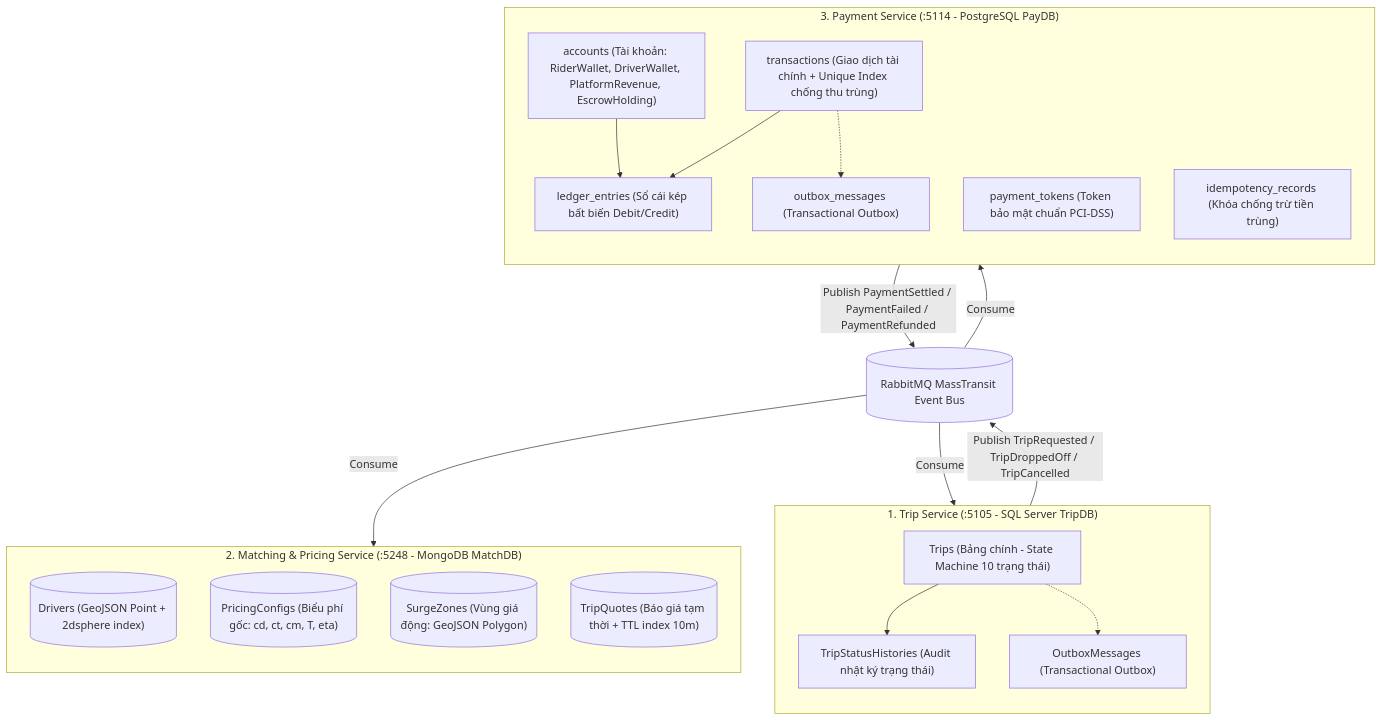
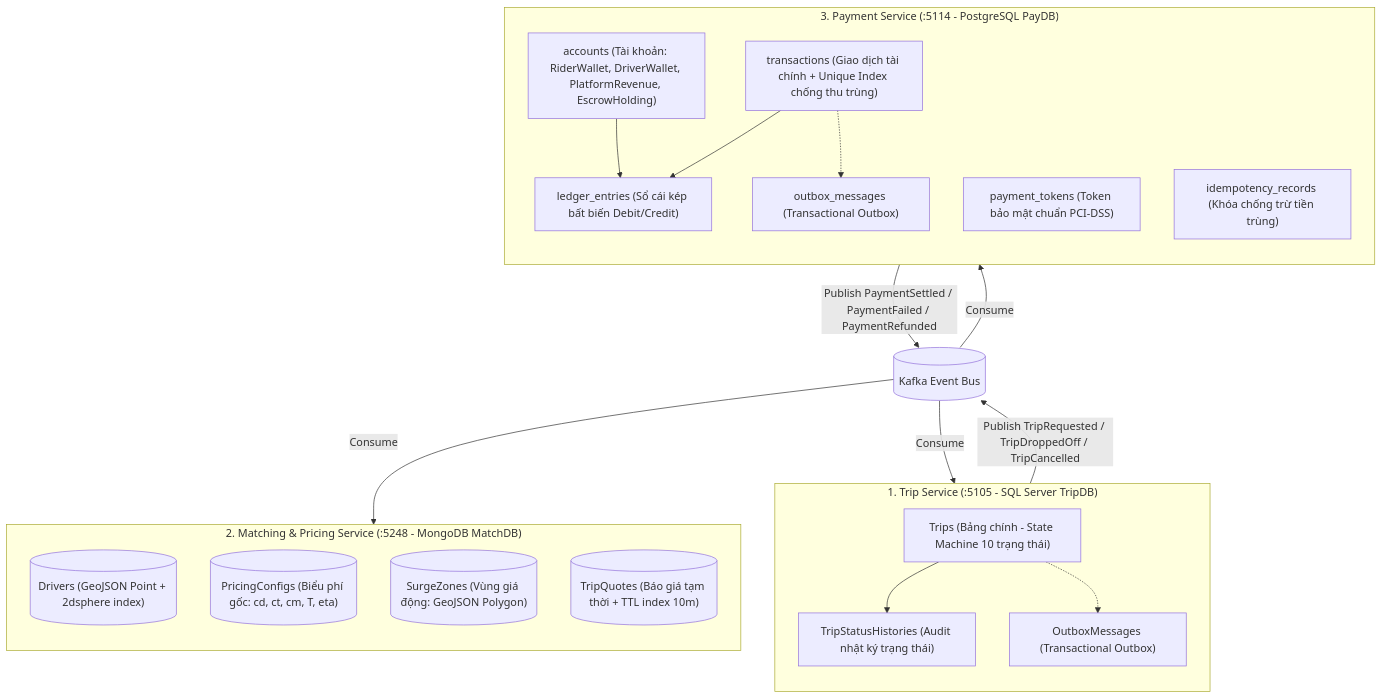
One commit to phwkha/SwiftRide changed the first of 3 diagrams in docs/database_design.md. Above: the diagram before and after it, drawn with Mermaid. The commit also changed other lines of this file and 36 other files, not shown here.

````diff
--- a/docs/database_design.md
+++ b/docs/database_design.md
@@ -38,40 +38,40 @@
 ```mermaid
 flowchart TD
     subgraph TripService_Scope["1. Trip Service (:5105 - SQL Server TripDB)"]
         direction TB
         Trips["Trips (Bảng chính - State Machine 10 trạng thái)"]
         TripStatusHistories["TripStatusHistories (Audit nhật ký trạng thái)"]
         TripOutbox["OutboxMessages (Transactional Outbox)"]
         Trips --> TripStatusHistories
         Trips -.-> TripOutbox
     end
 
     subgraph MatchingService_Scope["2. Matching & Pricing Service (:5248 - MongoDB MatchDB)"]
         direction TB
         Drivers[("Drivers (GeoJSON Point + 2dsphere index)")]
         PricingConfigs[("PricingConfigs (Biểu phí gốc: cd, ct, cm, T, eta)")]
         SurgeZones[("SurgeZones (Vùng giá động: GeoJSON Polygon)")]
         TripQuotes[("TripQuotes (Báo giá tạm thời + TTL index 10m)")]
     end
 
     subgraph PaymentService_Scope["3. Payment Service (:5114 - PostgreSQL PayDB)"]
         direction TB
         Accounts["accounts (Tài khoản: RiderWallet, DriverWallet, PlatformRevenue, EscrowHolding)"]
         Transactions["transactions (Giao dịch tài chính + Unique Index chống thu trùng)"]
         LedgerEntries["ledger_entries (Sổ cái kép bất biến Debit/Credit)"]
         PaymentTokens["payment_tokens (Token bảo mật chuẩn PCI-DSS)"]
         IdempotencyRecords["idempotency_records (Khóa chống trừ tiền trùng)"]
         PayOutbox["outbox_messages (Transactional Outbox)"]
         
         Transactions --> LedgerEntries
         Accounts --> LedgerEntries
         Transactions -.-> PayOutbox
     end
 
-    EventBus[("RabbitMQ MassTransit Event Bus")]
+    EventBus[("Kafka Event Bus")]
     TripOutbox -->|Publish TripRequested / TripDroppedOff / TripCancelled| EventBus
     EventBus -->|Consume| MatchingService_Scope
     EventBus -->|Consume| PaymentService_Scope
     PayOutbox -->|Publish PaymentSettled / PaymentFailed / PaymentRefunded| EventBus
     EventBus -->|Consume| TripService_Scope
 ```
````
